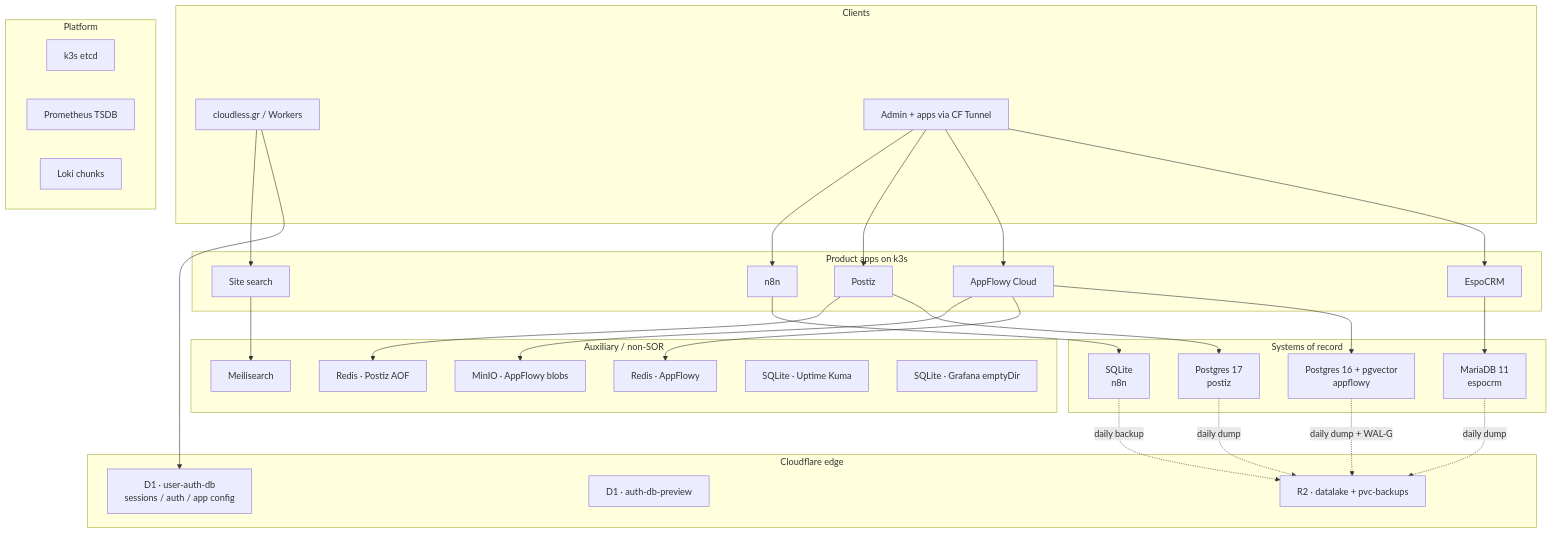
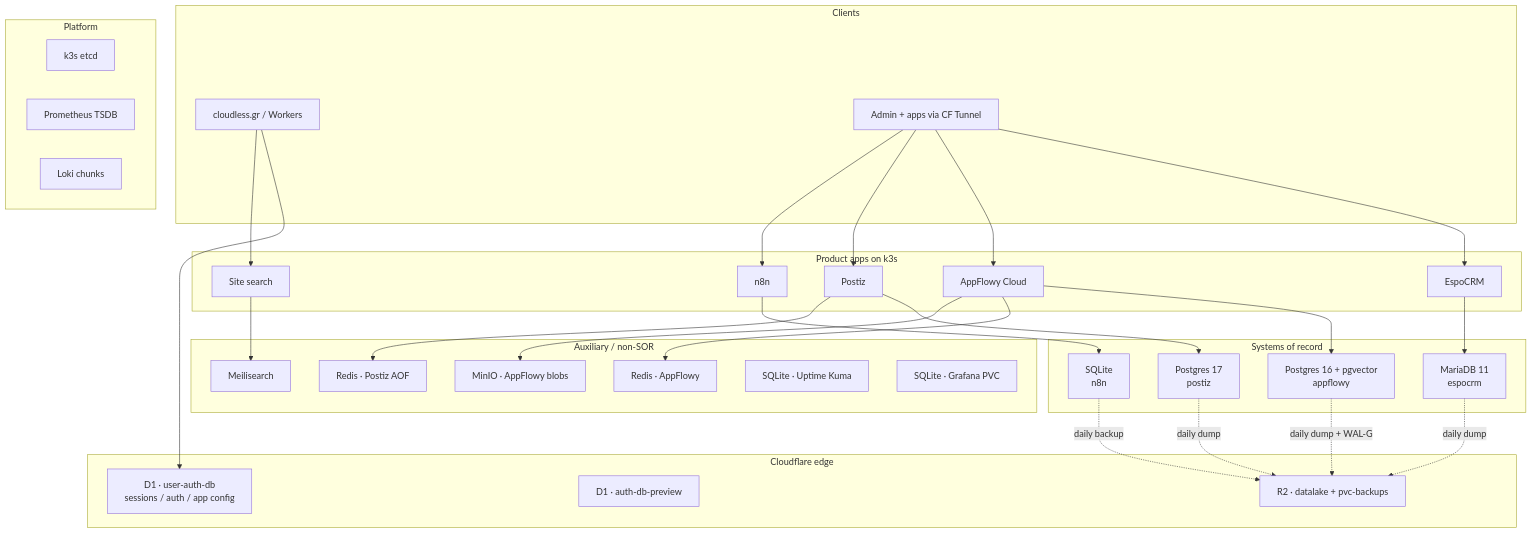
Before and after one commit to Themis128/cloudless.gr: the first of 13 diagrams in docs/databases/landscape.md, drawn with Mermaid. The commit also changed other lines of this file and 15 other files, not shown here.

````diff
--- a/docs/databases/landscape.md
+++ b/docs/databases/landscape.md
@@ -20,64 +22,64 @@
 ```mermaid
 flowchart TB
   subgraph Edge["Cloudflare edge"]
     D1["D1 · user-auth-db<br/>sessions / auth / app config"]
     D1p["D1 · auth-db-preview"]
     R2["R2 · datalake + pvc-backups"]
   end
 
   subgraph Clients["Clients"]
     Web["cloudless.gr / Workers"]
     Admin["Admin + apps via CF Tunnel"]
   end
 
   subgraph Apps["Product apps on k3s"]
     Espo["EspoCRM"]
     AF["AppFlowy Cloud"]
     PZ["Postiz"]
     N8N["n8n"]
     MeiliApp["Site search"]
   end
 
   subgraph SOR["Systems of record"]
     Maria["MariaDB 11<br/>espocrm"]
     PGaf["Postgres 16 + pgvector<br/>appflowy"]
     PGpz["Postgres 17<br/>postiz"]
     SQn8n["SQLite<br/>n8n"]
   end
 
   subgraph Aux["Auxiliary / non-SOR"]
     RedisAF["Redis · AppFlowy"]
     RedisPZ["Redis · Postiz AOF"]
     MinIO["MinIO · AppFlowy blobs"]
     Meili["Meilisearch"]
     SQkuma["SQLite · Uptime Kuma"]
-    SQg["SQLite · Grafana emptyDir"]
+    SQg["SQLite · Grafana PVC"]
   end
 
   subgraph Platform["Platform"]
     Etcd["k3s etcd"]
     Prom["Prometheus TSDB"]
     Loki["Loki chunks"]
   end
 
   Web --> D1
   Web --> MeiliApp
   Admin --> Espo
   Admin --> AF
   Admin --> PZ
   Admin --> N8N
 
   Espo --> Maria
   AF --> PGaf
   AF --> RedisAF
   AF --> MinIO
   PZ --> PGpz
   PZ --> RedisPZ
   N8N --> SQn8n
   MeiliApp --> Meili
 
   Maria -.->|daily dump| R2
   PGaf -.->|daily dump + WAL-G| R2
   PGpz -.->|daily dump| R2
   SQn8n -.->|daily backup| R2
 ```
````
